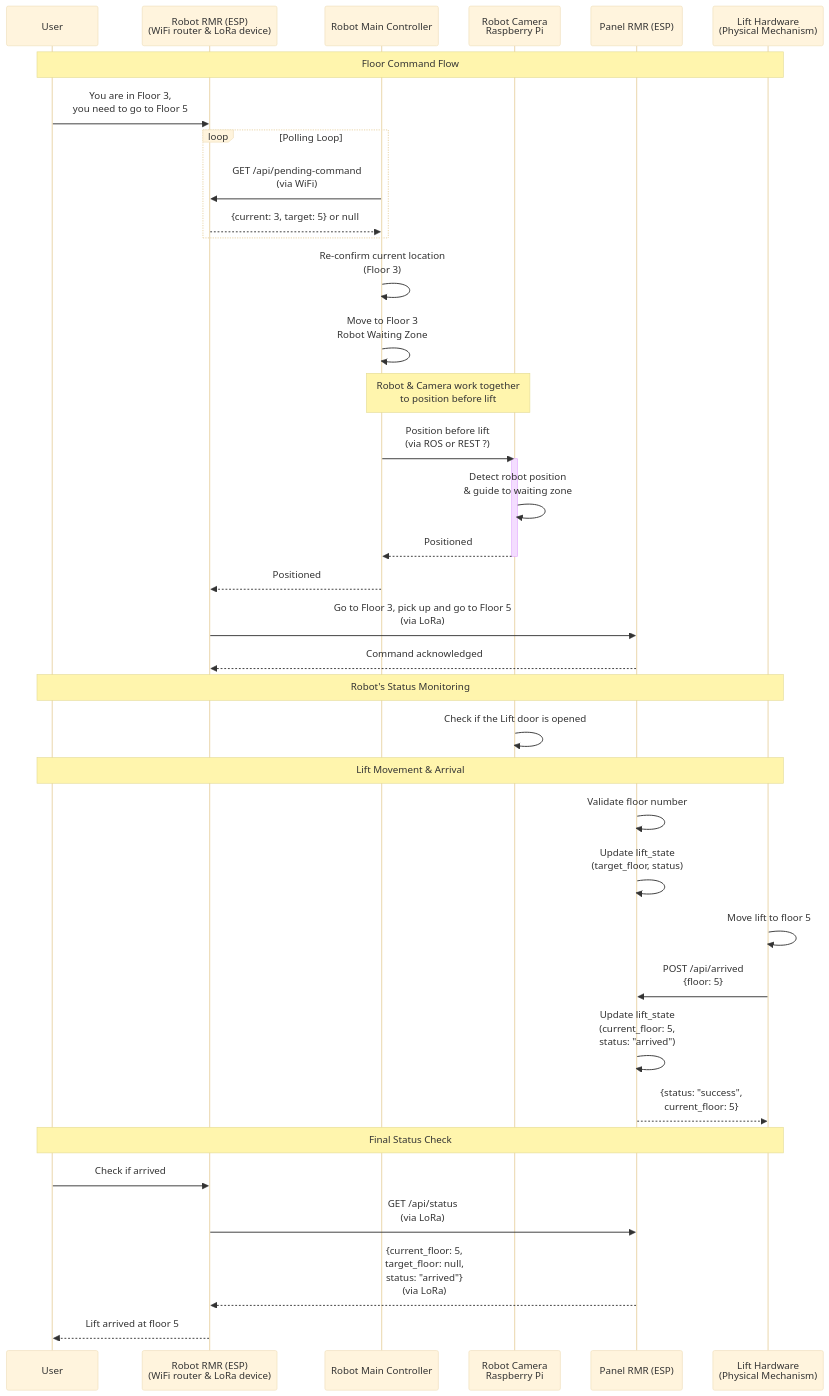
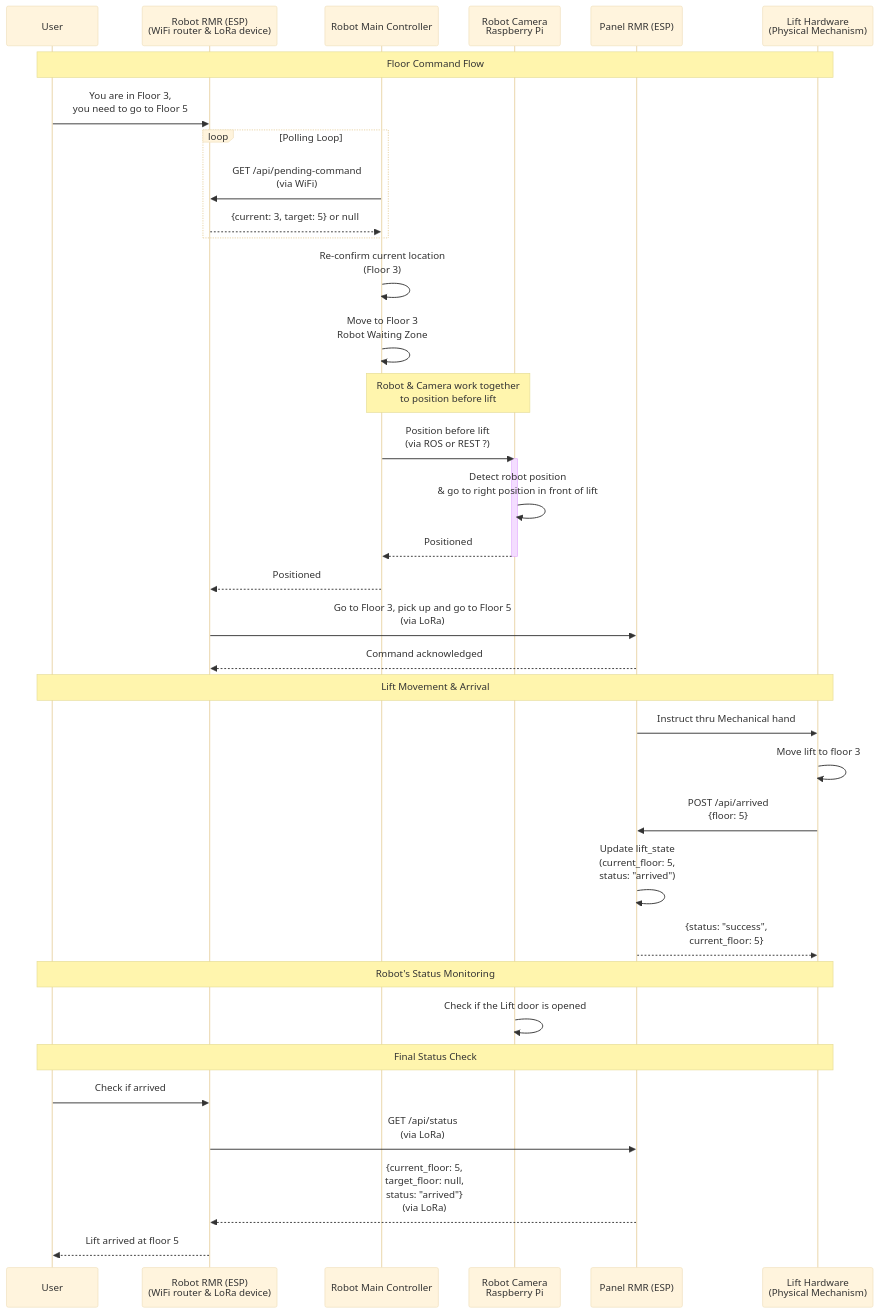
The first of 2 diagrams in senthil_version_sequence_diagram.md (in-is-ah/rmr), drawn with Mermaid (base theme) before and after one commit.

Commit message:
Update sequence diagram for robot and lift interaction

````diff
--- a/senthil_version_sequence_diagram.md
+++ b/senthil_version_sequence_diagram.md
@@ -5,45 +5,43 @@
 ```mermaid
 sequenceDiagram
     participant User
     participant ClientPi as Robot RMR (ESP)<br/>(WiFi router & LoRa device)
     participant RobotMainController as Robot Main Controller
     participant CameraModule as Robot Camera<br/>Raspberry Pi
     participant LiftService as Panel RMR (ESP)
     participant LiftHardware as Lift Hardware<br/>(Physical Mechanism)
 
     Note over User,LiftHardware: Floor Command Flow
     User->>ClientPi: You are in Floor 3,<br/>you need to go to Floor 5
     loop Polling Loop
         RobotMainController->>ClientPi: GET /api/pending-command<br/>(via WiFi)
         ClientPi-->>RobotMainController: {current: 3, target: 5} or null
     end
     RobotMainController->>RobotMainController: Re-confirm current location<br/>(Floor 3)
     RobotMainController->>RobotMainController: Move to Floor 3<br/>Robot Waiting Zone
     Note over RobotMainController,CameraModule: Robot & Camera work together<br/>to position before lift
     RobotMainController->>CameraModule: Position before lift<br/>(via ROS or REST ?)
     activate CameraModule
-    CameraModule->>CameraModule: Detect robot position<br/>& guide to waiting zone
+    CameraModule->>CameraModule: Detect robot position<br/>& go to right position in front of lift
     CameraModule-->>RobotMainController: Positioned
     deactivate CameraModule
     RobotMainController-->>ClientPi: Positioned
     ClientPi->>LiftService: Go to Floor 3, pick up and go to Floor 5<br/>(via LoRa)
     LiftService-->>ClientPi: Command acknowledged
-
-    
-    Note over User,LiftHardware: Robot's Status Monitoring
-    CameraModule->>CameraModule: Check if the Lift door is opened
     
     Note over User,LiftHardware: Lift Movement & Arrival
-    LiftService->>LiftService: Validate floor number
-    LiftService->>LiftService: Update lift_state<br/>(target_floor, status)
-    LiftHardware->>LiftHardware: Move lift to floor 5
+    LiftService->>LiftHardware: Instruct thru Mechanical hand
+    LiftHardware->>LiftHardware: Move lift to floor 3
     LiftHardware->>LiftService: POST /api/arrived<br/>{floor: 5}
     LiftService->>LiftService: Update lift_state<br/>(current_floor: 5,<br/>status: "arrived")
     LiftService-->>LiftHardware: {status: "success",<br/>current_floor: 5}
     
+    Note over User,LiftHardware: Robot's Status Monitoring
+    CameraModule->>CameraModule: Check if the Lift door is opened
+
     Note over User,LiftHardware: Final Status Check
     User->>ClientPi: Check if arrived
     ClientPi->>LiftService: GET /api/status<br/>(via LoRa)
     LiftService-->>ClientPi: {current_floor: 5,<br/>target_floor: null,<br/>status: "arrived"}<br/>(via LoRa)
     ClientPi-->>User: Lift arrived at floor 5
 ```
````
